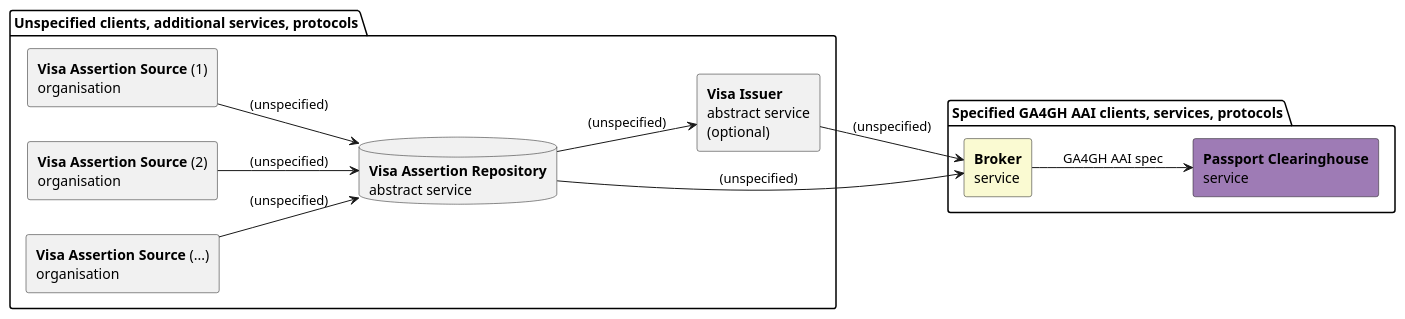
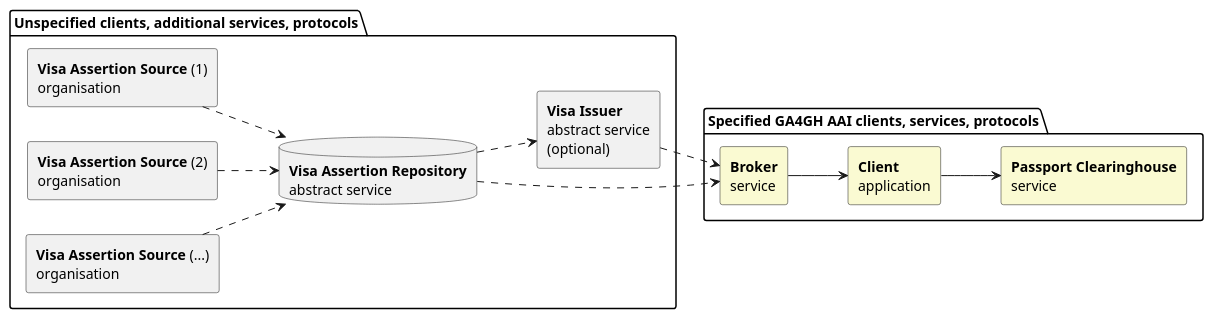
One commit to ga4gh/data-security changed the first of 2 diagrams in AAI/AAIConnectProfile.md. Above: the diagram before and after it, drawn with PlantUML. The commit also changed other lines of this file, not shown here.

Commit message:
flow of assertions diagram edits

```diff
--- a/AAI/AAIConnectProfile.md
+++ b/AAI/AAIConnectProfile.md
@@ -218,29 +220,31 @@
 @startuml
 skinparam componentStyle rectangle
 left to right direction
 
 package "Unspecified clients, additional services, protocols" {
 component "<b>Visa Assertion Source</b> (1)\norganisation" as VisaSource1
 component "<b>Visa Assertion Source</b> (2)\norganisation" as VisaSource2
 component "<b>Visa Assertion Source</b> (...)\norganisation" as VisaSourceN
 
 database "<b>Visa Assertion Repository</b>\nabstract service" as VisaRepository
-component "<b>Visa Issuer</b>\nabstract service\n(optional)" as ETI
+component "<b>Visa Issuer</b>\nabstract service\n(optional)" as VisaIssuer
 }
 
 package "Specified GA4GH AAI clients, services, protocols" {
 component "<b>Broker</b>\nservice" as Broker #FAFAD2
-component "<b>Passport Clearinghouse</b>\nservice" as ClearingHouse #9E7BB5
+component "<b>Client</b>\napplication" as Client #FAFAD2
+component "<b>Passport Clearinghouse</b>\nservice" as ClearingHouse #FAFAD2
 }
 
-VisaSource1 --> VisaRepository : (unspecified)
-VisaSource2 --> VisaRepository : (unspecified)
-VisaSourceN --> VisaRepository : (unspecified)
-VisaRepository --> ETI : (unspecified)
+VisaSource1 ..> VisaRepository 
+VisaSource2 ..> VisaRepository 
+VisaSourceN ..> VisaRepository 
+VisaRepository ..> VisaIssuer 
 
 
-VisaRepository --> Broker : (unspecified)
-ETI --> Broker : (unspecified)
-Broker --> ClearingHouse : GA4GH AAI spec
+VisaRepository ..> Broker 
+VisaIssuer ..> Broker 
+Broker --> Client 
+Client --> ClearingHouse
 
 @enduml
```
